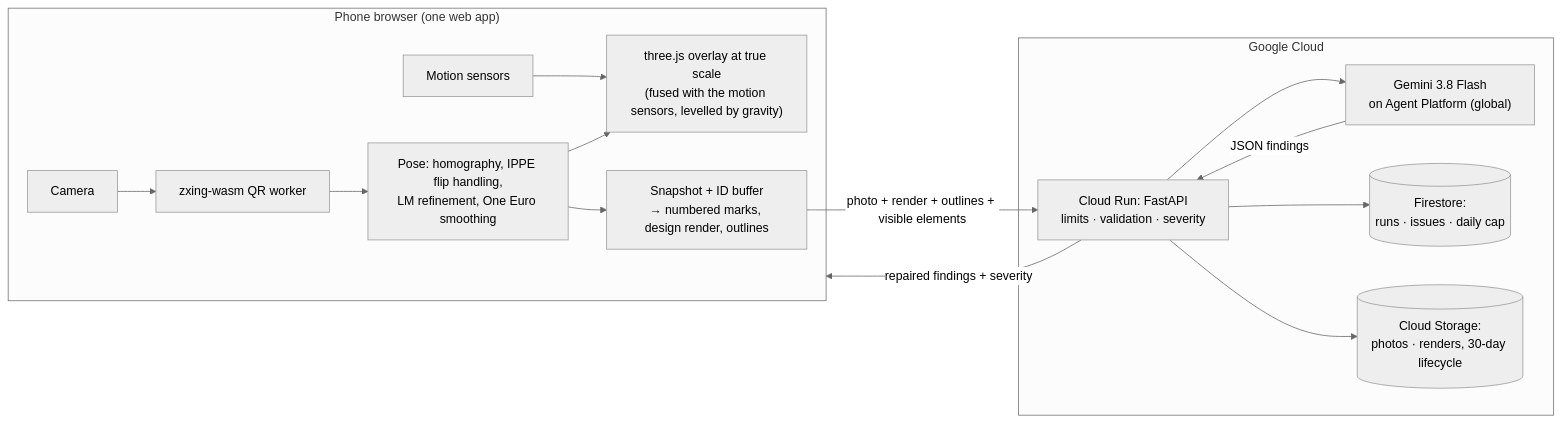
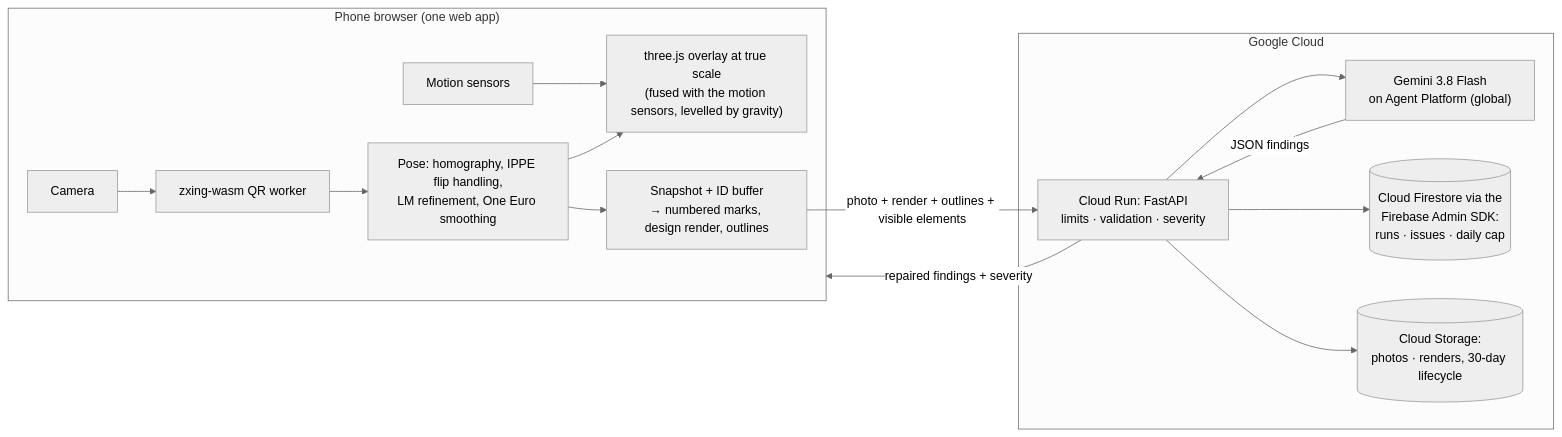
The diagram in README.md (wl-geek/truesite), drawn with Mermaid (neutral theme) before and after one commit. The commit also changed other lines of this file and 4 other files, not shown here.

First line of the commit message:
feat(server): reach Firestore through the Firebase Admin SDK

````diff
--- a/README.md
+++ b/README.md
@@ -30,18 +30,18 @@
 ```mermaid
 flowchart LR
   subgraph Phone["Phone browser (one web app)"]
     CAM[Camera] --> QR[zxing-wasm QR worker]
     QR --> POSE["Pose: homography, IPPE flip handling,<br/>LM refinement, One Euro smoothing"]
     SENS[Motion sensors] --> AR
     POSE --> AR["three.js overlay at true scale<br/>(fused with the motion sensors, levelled by gravity)"]
     POSE --> SNAP["Snapshot + ID buffer<br/>→ numbered marks, design render, outlines"]
   end
   SNAP -->|photo + render + outlines + visible elements| RUN
   subgraph GCP["Google Cloud"]
     RUN["Cloud Run: FastAPI<br/>limits · validation · severity"] --> GEM["Gemini 3.8 Flash<br/>on Agent Platform (global)"]
-    RUN --> FS[(Firestore:<br/>runs · issues · daily cap)]
+    RUN --> FS[(Cloud Firestore via the<br/>Firebase Admin SDK:<br/>runs · issues · daily cap)]
     RUN --> GCS[(Cloud Storage:<br/>photos · renders, 30-day lifecycle)]
   end
   GEM -->|JSON findings| RUN
   RUN -->|repaired findings + severity| Phone
 ```
````
